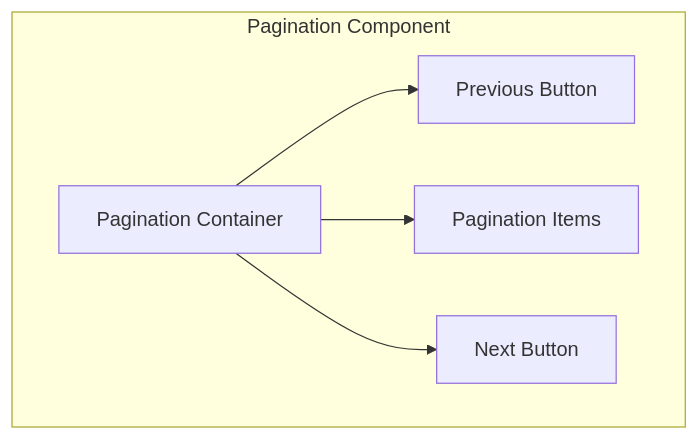
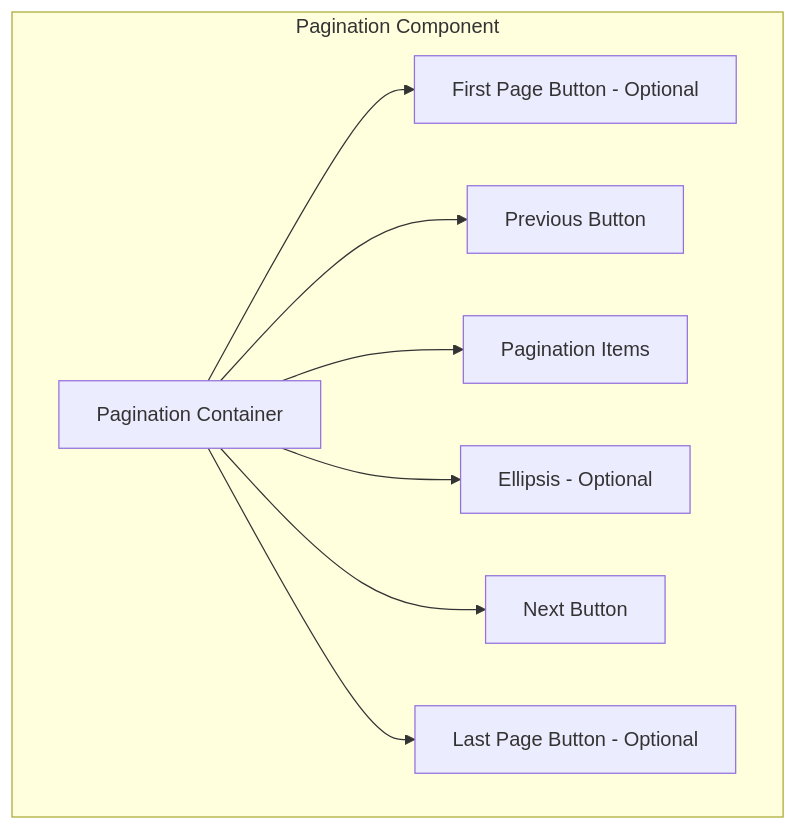
Before and after one commit to thedaviddias/ux-patterns-for-developers: the diagram in content/en/patterns/navigation/pagination.mdx, drawn with Mermaid. The commit also changed other lines of this file and 11 other files, not shown here.

````diff
--- a/content/en/patterns/navigation/pagination.mdx
+++ b/content/en/patterns/navigation/pagination.mdx
@@ -65,8 +65,11 @@
 ```mermaid
 flowchart TB
   subgraph Pagination[Pagination Component]
-    A[Pagination Container] --> B[Previous Button]
-    A --> C[Pagination Items]
-    A --> D[Next Button]
+    A[Pagination Container] --> B[First Page Button - Optional]
+    A --> C[Previous Button]
+    A --> D[Pagination Items]
+    A --> E[Ellipsis - Optional]
+    A --> F[Next Button]
+    A --> G[Last Page Button - Optional]
   end
 ```
````
